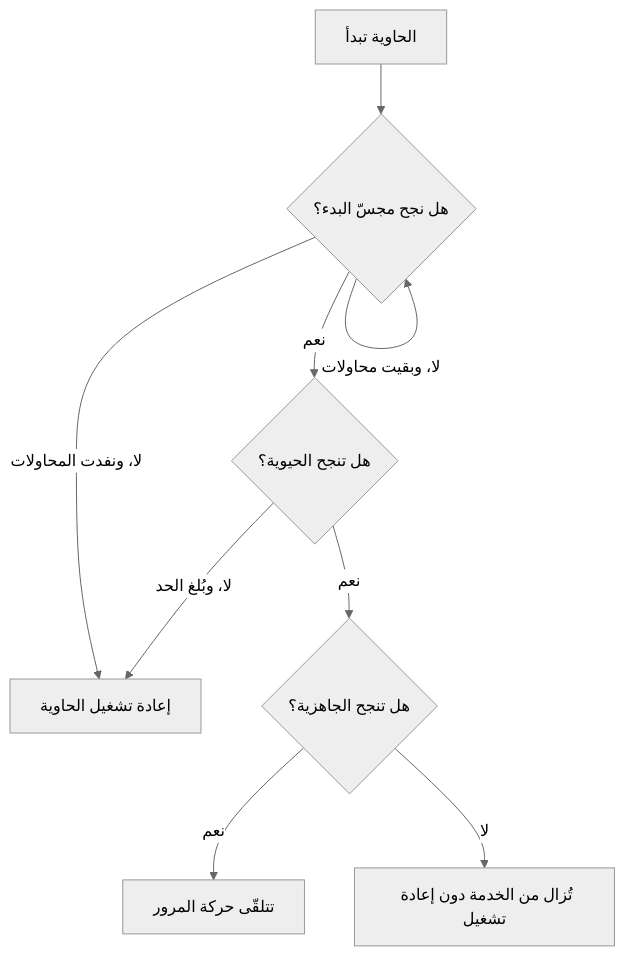
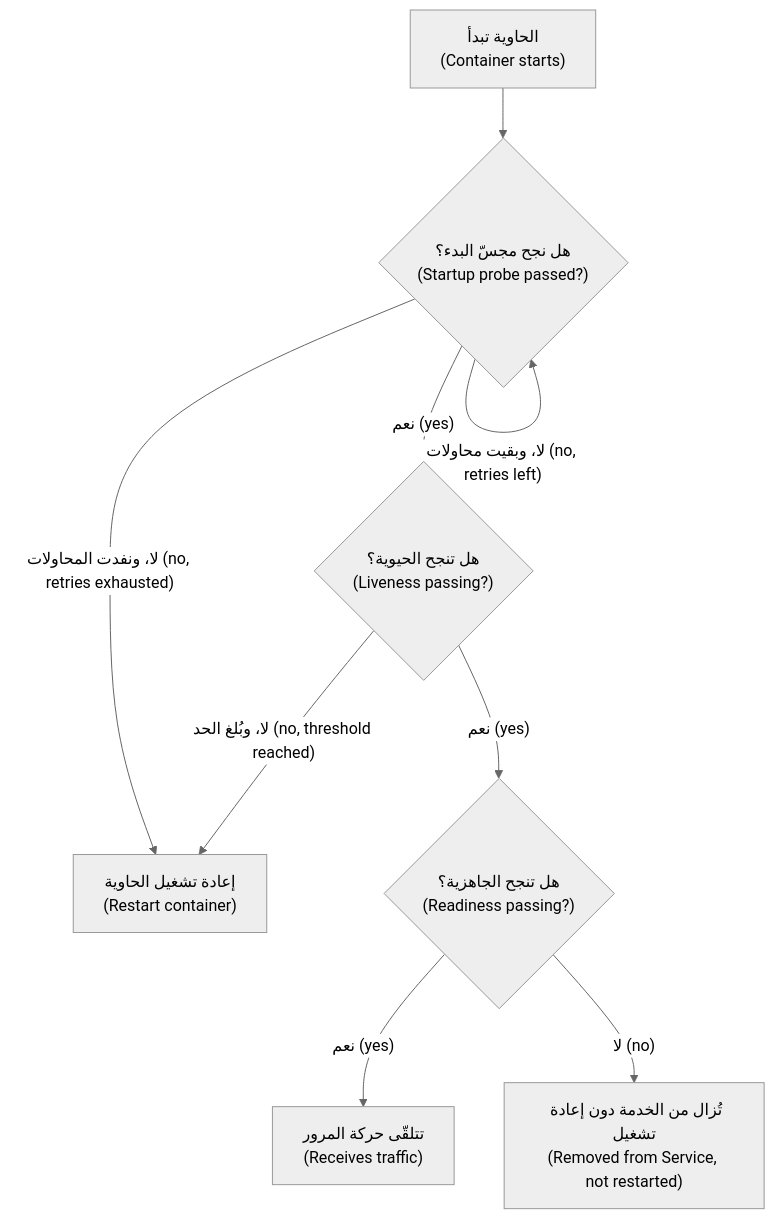
The third of 3 diagrams in cloud/modules/02-containers.ar.md (Tamoura/system-design-for-vibe-coders), drawn with Mermaid (neutral theme) before and after one commit. The commit also changed other lines of this file and 20 other files, not shown here.

First line of the commit message:
New courses: Arabic diagrams read right-to-left with English labels (modules 0–6)

````diff
--- a/cloud/modules/02-containers.ar.md
+++ b/cloud/modules/02-containers.ar.md
@@ -685,11 +685,11 @@
 ```mermaid
 flowchart TD
-    S["الحاوية تبدأ"] --> P{"هل نجح مجسّ البدء؟"}
-    P -->|"لا، وبقيت محاولات"| P
-    P -->|"لا، ونفدت المحاولات"| X["إعادة تشغيل الحاوية"]
-    P -->|"نعم"| L{"هل تنجح الحيوية؟"}
-    L -->|"لا، وبُلغ الحد"| X
-    L -->|"نعم"| R{"هل تنجح الجاهزية؟"}
-    R -->|"نعم"| T["تتلقّى حركة المرور"]
-    R -->|"لا"| N["تُزال من الخدمة دون إعادة تشغيل"]
+    S["الحاوية تبدأ<br/>(Container starts)"] --> P{"هل نجح مجسّ البدء؟<br/>(Startup probe passed?)"}
+    P -->|"لا، وبقيت محاولات (no, retries left)"| P
+    P -->|"لا، ونفدت المحاولات (no, retries exhausted)"| X["إعادة تشغيل الحاوية<br/>(Restart container)"]
+    P -->|"نعم (yes)"| L{"هل تنجح الحيوية؟<br/>(Liveness passing?)"}
+    L -->|"لا، وبُلغ الحد (no, threshold reached)"| X
+    L -->|"نعم (yes)"| R{"هل تنجح الجاهزية؟<br/>(Readiness passing?)"}
+    R -->|"نعم (yes)"| T["تتلقّى حركة المرور<br/>(Receives traffic)"]
+    R -->|"لا (no)"| N["تُزال من الخدمة دون إعادة تشغيل<br/>(Removed from Service, not restarted)"]
 ```
````
